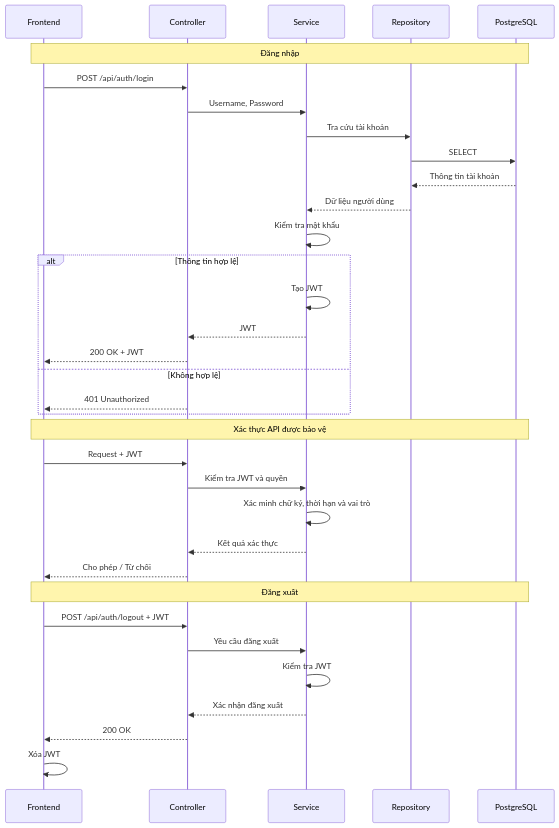
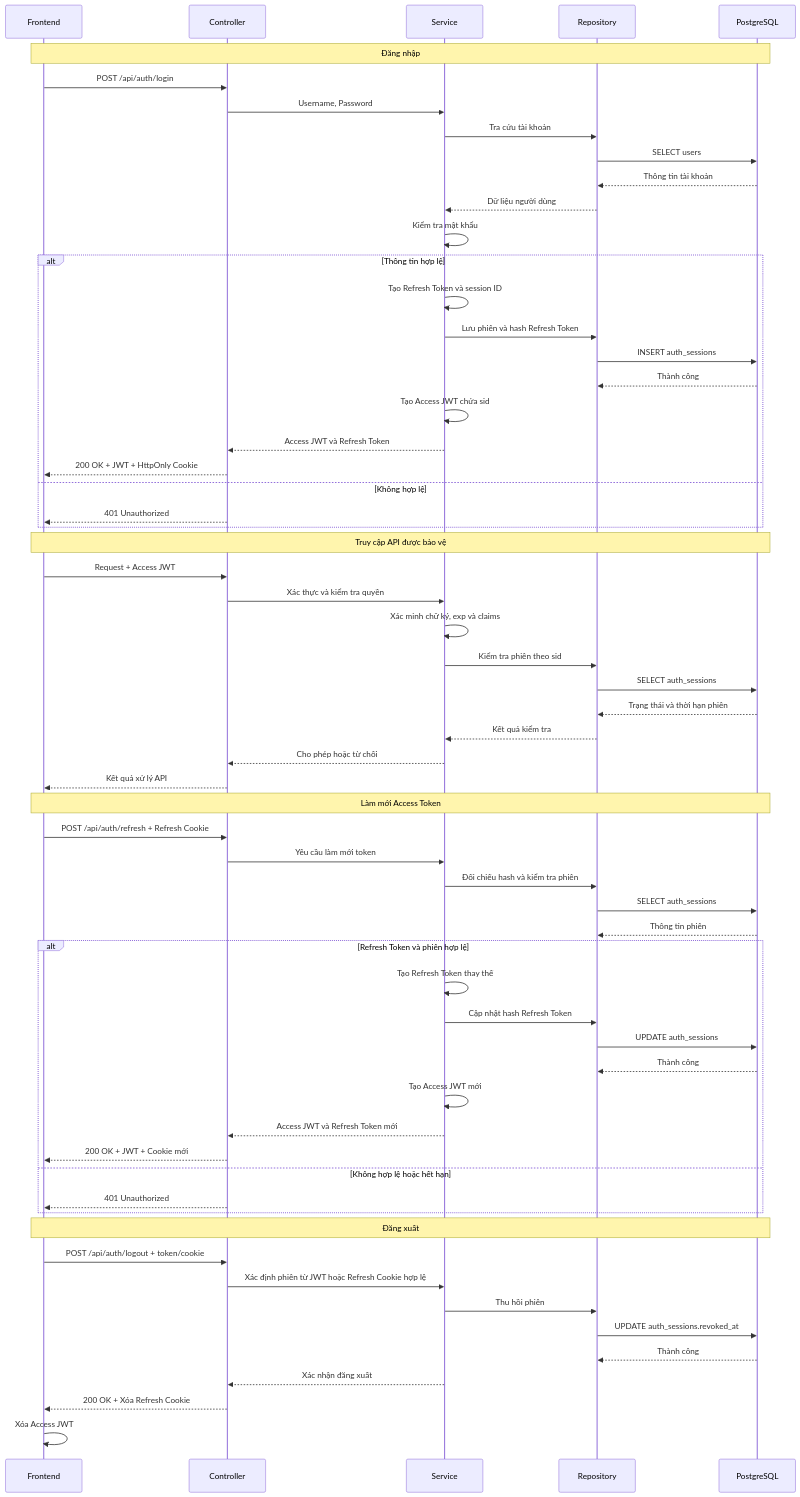
Before and after one commit to Akapi895/course-registration: the first of 2 diagrams in ARCHITECTURE.md, drawn with Mermaid. The commit also changed other lines of this file, not shown here.

Commit message:
docs: database-design update auth_sessions table

````diff
--- a/ARCHITECTURE.md
+++ b/ARCHITECTURE.md
@@ -43,40 +41,67 @@
 ```mermaid
 sequenceDiagram
     participant FE as Frontend
     participant C as Controller
     participant S as Service
     participant R as Repository
     participant DB as PostgreSQL
 
     Note over FE,DB: Đăng nhập
     FE->>C: POST /api/auth/login
     C->>S: Username, Password
     S->>R: Tra cứu tài khoản
-    R->>DB: SELECT
+    R->>DB: SELECT users
     DB-->>R: Thông tin tài khoản
     R-->>S: Dữ liệu người dùng
     S->>S: Kiểm tra mật khẩu
-
     alt Thông tin hợp lệ
-        S->>S: Tạo JWT
-        S-->>C: JWT
-        C-->>FE: 200 OK + JWT
+        S->>S: Tạo Refresh Token và session ID
+        S->>R: Lưu phiên và hash Refresh Token
+        R->>DB: INSERT auth_sessions
+        DB-->>R: Thành công
+        S->>S: Tạo Access JWT chứa sid
+        S-->>C: Access JWT và Refresh Token
+        C-->>FE: 200 OK + JWT + HttpOnly Cookie
     else Không hợp lệ
         C-->>FE: 401 Unauthorized
     end
 
-    Note over FE,DB: Xác thực API được bảo vệ
-    FE->>C: Request + JWT
-    C->>S: Kiểm tra JWT và quyền
-    S->>S: Xác minh chữ ký, thời hạn và vai trò
-    S-->>C: Kết quả xác thực
-    C-->>FE: Cho phép / Từ chối
+    Note over FE,DB: Truy cập API được bảo vệ
+    FE->>C: Request + Access JWT
+    C->>S: Xác thực và kiểm tra quyền
+    S->>S: Xác minh chữ ký, exp và claims
+    S->>R: Kiểm tra phiên theo sid
+    R->>DB: SELECT auth_sessions
+    DB-->>R: Trạng thái và thời hạn phiên
+    R-->>S: Kết quả kiểm tra
+    S-->>C: Cho phép hoặc từ chối
+    C-->>FE: Kết quả xử lý API
+
+    Note over FE,DB: Làm mới Access Token
+    FE->>C: POST /api/auth/refresh + Refresh Cookie
+    C->>S: Yêu cầu làm mới token
+    S->>R: Đối chiếu hash và kiểm tra phiên
+    R->>DB: SELECT auth_sessions
+    DB-->>R: Thông tin phiên
+    alt Refresh Token và phiên hợp lệ
+        S->>S: Tạo Refresh Token thay thế
+        S->>R: Cập nhật hash Refresh Token
+        R->>DB: UPDATE auth_sessions
+        DB-->>R: Thành công
+        S->>S: Tạo Access JWT mới
+        S-->>C: Access JWT và Refresh Token mới
+        C-->>FE: 200 OK + JWT + Cookie mới
+    else Không hợp lệ hoặc hết hạn
+        C-->>FE: 401 Unauthorized
+    end
 
     Note over FE,DB: Đăng xuất
-    FE->>C: POST /api/auth/logout + JWT
-    C->>S: Yêu cầu đăng xuất
-    S->>S: Kiểm tra JWT
+    FE->>C: POST /api/auth/logout + token/cookie
+    C->>S: Xác định phiên từ JWT hoặc Refresh Cookie hợp lệ
+    S->>R: Thu hồi phiên
+    R->>DB: UPDATE auth_sessions.revoked_at
+    DB-->>R: Thành công
     S-->>C: Xác nhận đăng xuất
-    C-->>FE: 200 OK
-    FE->>FE: Xóa JWT
+    C-->>FE: 200 OK + Xóa Refresh Cookie
+    FE->>FE: Xóa Access JWT
 ```
````
